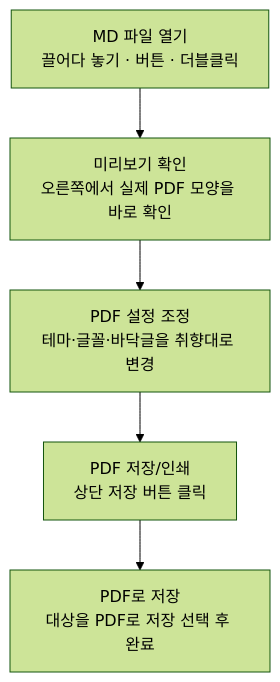
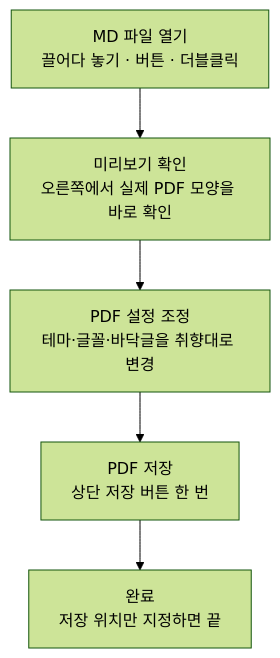
One commit to felixleee/MDeautify changed the first of 9 diagrams in MDeautify_사용안내서.md. Above: the diagram before and after it, drawn with Mermaid (forest theme). The commit also changed other lines of this file and 8 other files, not shown here.

````diff
--- a/MDeautify_사용안내서.md
+++ b/MDeautify_사용안내서.md
@@ -23,7 +23,7 @@
 ```mermaid
 flowchart TD
 A["MD 파일 열기<br>끌어다 놓기 · 버튼 · 더블클릭"] --> B["미리보기 확인<br>오른쪽에서 실제 PDF 모양을 바로 확인"]
 B --> C["PDF 설정 조정<br>테마·글꼴·바닥글을 취향대로 변경"]
-C --> D["PDF 저장/인쇄<br>상단 저장 버튼 클릭"]
-D --> E["PDF로 저장<br>대상을 PDF로 저장 선택 후 완료"]
+C --> D["PDF 저장<br>상단 저장 버튼 한 번"]
+D --> E["완료<br>저장 위치만 지정하면 끝"]
 ```
````
